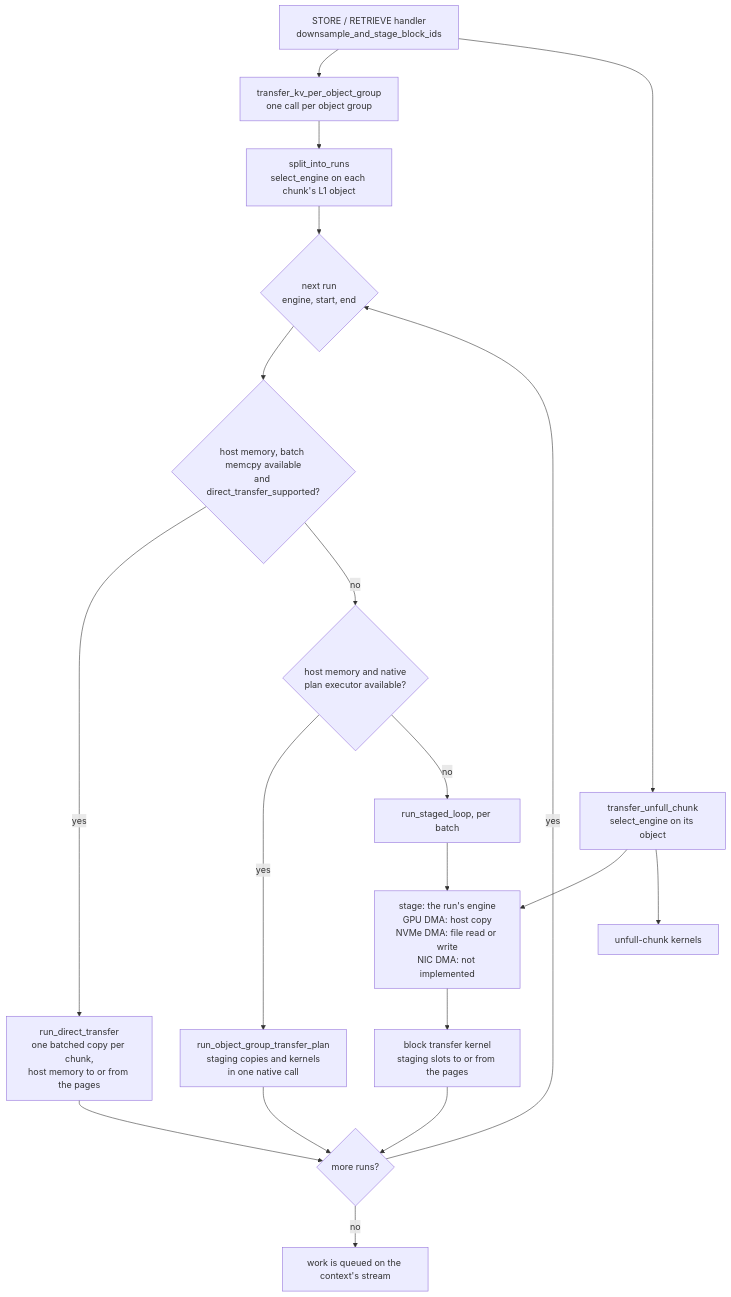
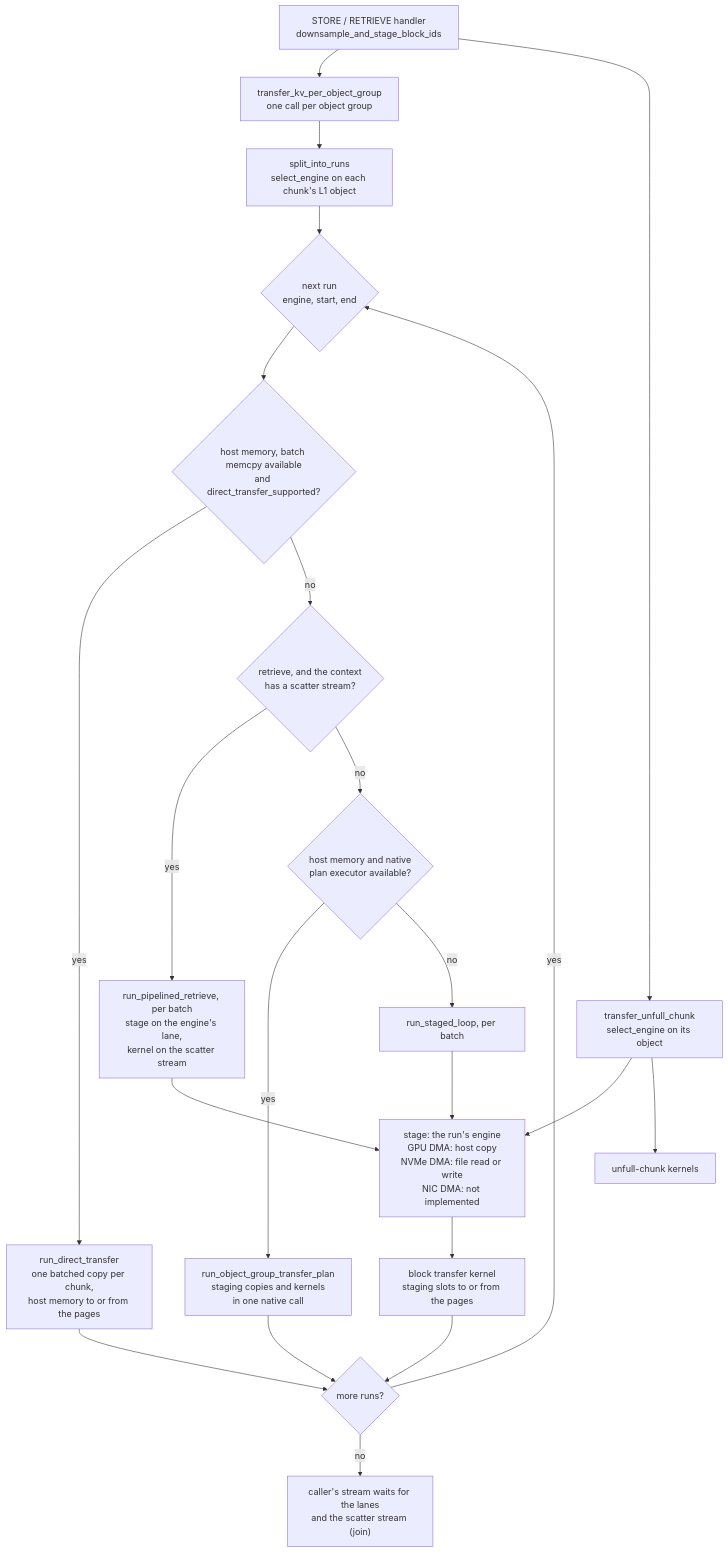
Before and after one commit to LMCache/LMCache: the diagram in docs/design/v1/multiprocess/lmcache_driven_transfer_copy_paths.md, drawn with Mermaid. The commit also changed other lines of this file and 10 other files, not shown here.

First line of the commit message:
[MP] Retrieve staged chunks on per-engine load streams and a scatter stream

````diff
--- a/docs/design/v1/multiprocess/lmcache_driven_transfer_copy_paths.md
+++ b/docs/design/v1/multiprocess/lmcache_driven_transfer_copy_paths.md
@@ -73,35 +82,40 @@
 ```mermaid
 flowchart TD
     H["STORE / RETRIEVE handler<br/>downsample_and_stage_block_ids"]
     D["transfer_kv_per_object_group<br/>one call per object group"]
     S["split_into_runs<br/>select_engine on each chunk's L1 object"]
     R{"next run<br/>engine, start, end"}
     G1{"host memory, batch memcpy available<br/>and direct_transfer_supported?"}
+    G0{"retrieve, and the context<br/>has a scatter stream?"}
+    P["run_pipelined_retrieve, per batch<br/>stage on the engine's lane,<br/>kernel on the scatter stream"]
     G2{"host memory and native<br/>plan executor available?"}
     GD["run_direct_transfer<br/>one batched copy per chunk,<br/>host memory to or from the pages"]
     GP["run_object_group_transfer_plan<br/>staging copies and kernels<br/>in one native call"]
     L["run_staged_loop, per batch"]
     ST["stage: the run's engine<br/>GPU DMA: host copy<br/>NVMe DMA: file read or write<br/>NIC DMA: not implemented"]
     K["block transfer kernel<br/>staging slots to or from the pages"]
     E{"more runs?"}
-    Q["work is queued on the context's stream"]
+    Q["caller's stream waits for the lanes<br/>and the scatter stream (join)"]
     U["transfer_unfull_chunk<br/>select_engine on its object"]
     UK["unfull-chunk kernels"]
 
     H --> D --> S --> R
     R --> G1
     G1 -->|yes| GD
-    G1 -->|no| G2
+    G1 -->|no| G0
+    G0 -->|yes| P
+    G0 -->|no| G2
+    P --> ST
     G2 -->|yes| GP
     G2 -->|no| L
     L --> ST
     ST --> K
     GD --> E
     GP --> E
     K --> E
     E -->|yes| R
     E -->|no| Q
     H --> U
     U --> ST
     U --> UK
 ```
````
